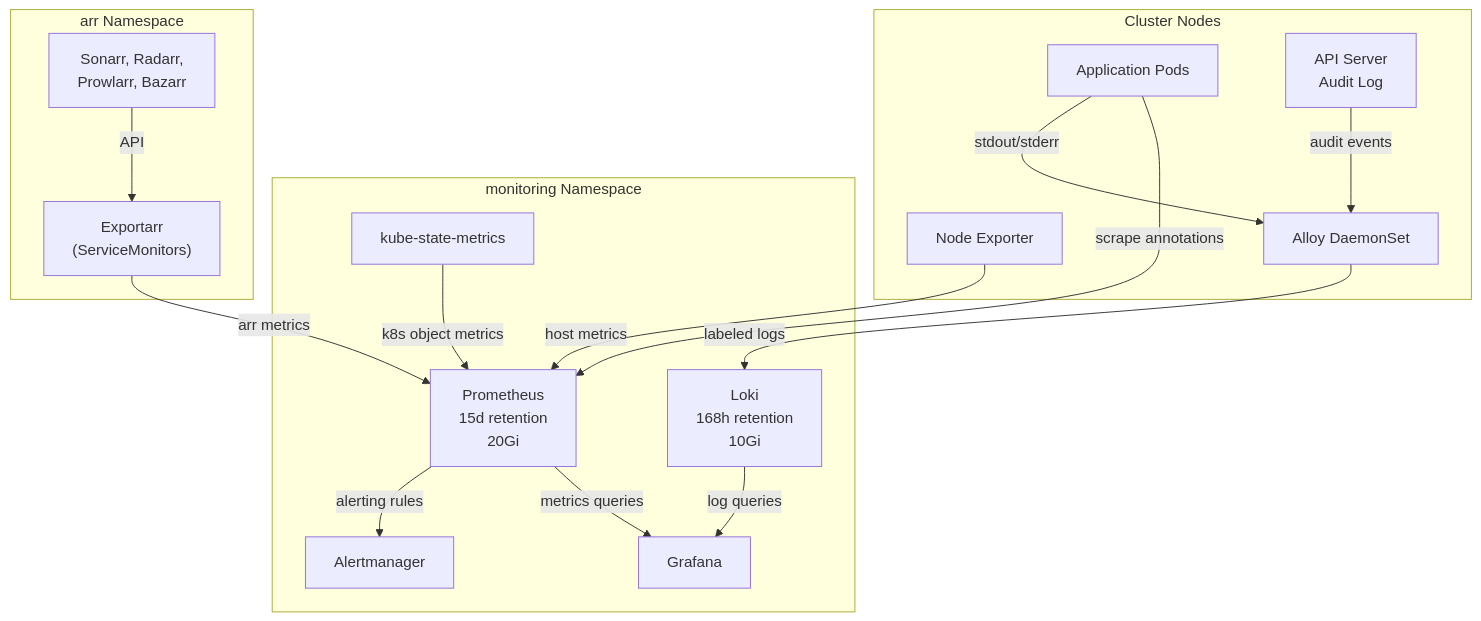
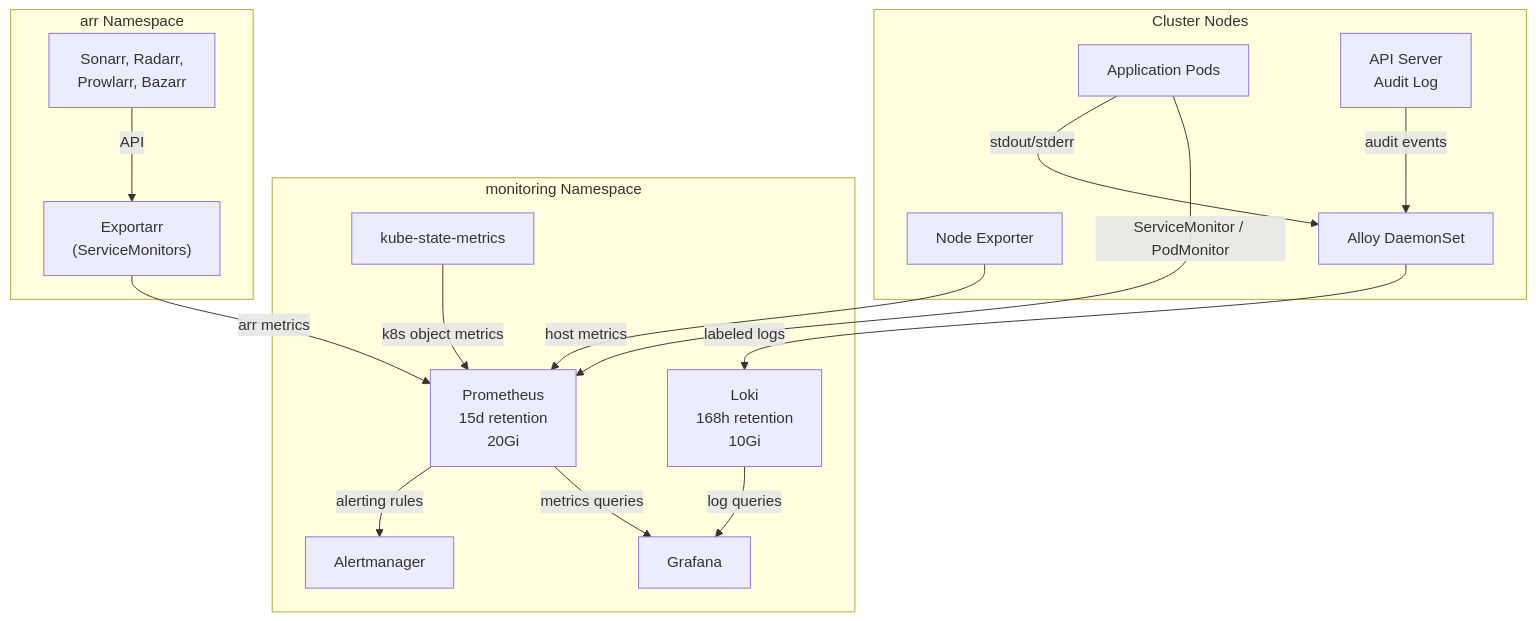
One commit to kyleseneker/homelab changed the third of 3 diagrams in docs/architecture/monitoring.md. Above: the diagram before and after it, drawn with Mermaid. The commit also changed other lines of this file and 86 other files, not shown here.

Commit message:
docs: unify the assessment, roadmap, and architecture decisions

````diff
--- a/docs/architecture/monitoring.md
+++ b/docs/architecture/monitoring.md
@@ -234,35 +241,35 @@
 ```mermaid
 flowchart TD
     subgraph nodes["Cluster Nodes"]
         ne["Node Exporter"]
         alloyDs["Alloy DaemonSet"]
         appPods["Application Pods"]
         auditLog["API Server\nAudit Log"]
     end
 
     subgraph monitoring["monitoring Namespace"]
         prom["Prometheus\n15d retention\n20Gi"]
         loki["Loki\n168h retention\n10Gi"]
         grafana["Grafana"]
         am["Alertmanager"]
         ksm["kube-state-metrics"]
     end
 
     ne -->|"host metrics"| prom
     ksm -->|"k8s object metrics"| prom
-    appPods -->|"scrape annotations"| prom
+    appPods -->|"ServiceMonitor / PodMonitor"| prom
     appPods -->|"stdout/stderr"| alloyDs
     auditLog -->|"audit events"| alloyDs
     alloyDs -->|"labeled logs"| loki
     prom -->|"metrics queries"| grafana
     loki -->|"log queries"| grafana
     prom -->|"alerting rules"| am
 
     subgraph arr["arr Namespace"]
         exportarr["Exportarr\n(ServiceMonitors)"]
         arrApps["Sonarr, Radarr,\nProwlarr, Bazarr"]
     end
 
     arrApps -->|"API"| exportarr
     exportarr -->|"arr metrics"| prom
 ```
````
